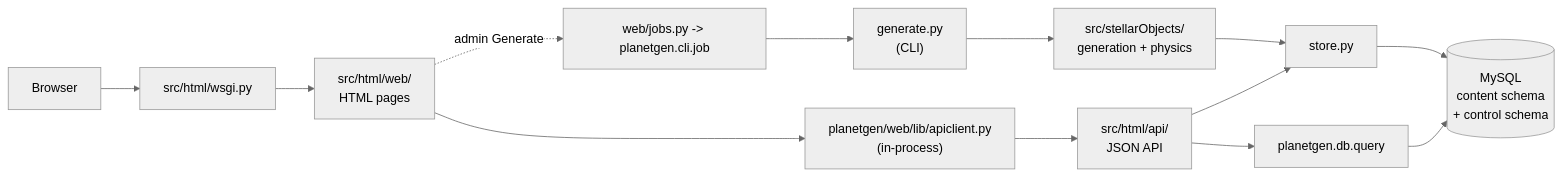
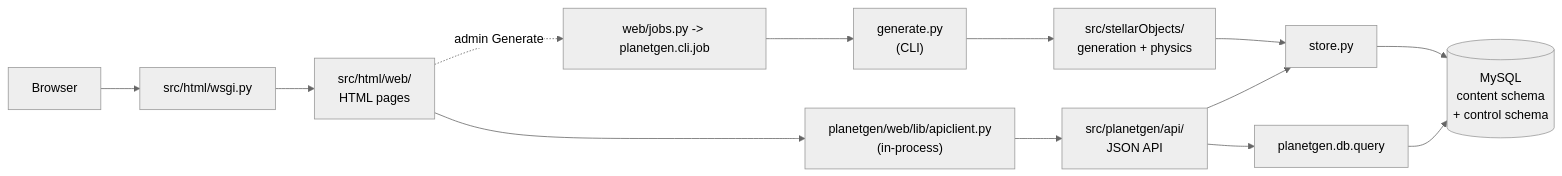
Before and after one commit to dwhagar/planetGen: the first of 8 diagrams in docs/design/architecture.md, drawn with Mermaid (neutral theme). The commit also changed other lines of this file and 86 other files, not shown here.

First line of the commit message:
Move src/html/api into planetgen.api (OPS.24 step 11) (#456)

````diff
--- a/docs/design/architecture.md
+++ b/docs/design/architecture.md
@@ -67,15 +67,15 @@
 ```mermaid
 flowchart LR
     CLI["generate.py<br/>(CLI)"] --> SO["src/stellarObjects/<br/>generation + physics"]
     SO --> DB["store.py"]
     DB --> MySQL[("MySQL<br/>content schema<br/>+ control schema")]
     Browser["Browser"] --> WSGI["src/html/wsgi.py"]
     WSGI --> Web["src/html/web/<br/>HTML pages"]
     Web --> Client["planetgen/web/lib/apiclient.py<br/>(in-process)"]
-    Client --> API["src/html/api/<br/>JSON API"]
+    Client --> API["src/planetgen/api/<br/>JSON API"]
     API --> Q["planetgen.db.query"]
     Q --> MySQL
     API --> DB
     Web -. "admin Generate" .-> Jobs["web/jobs.py -> planetgen.cli.job"]
     Jobs --> CLI
 ```
````
